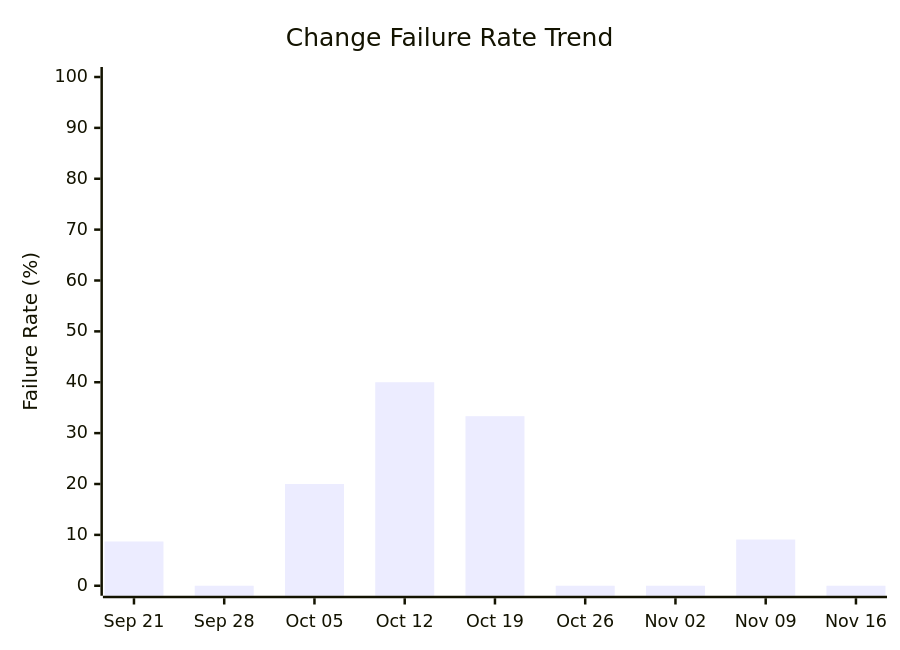
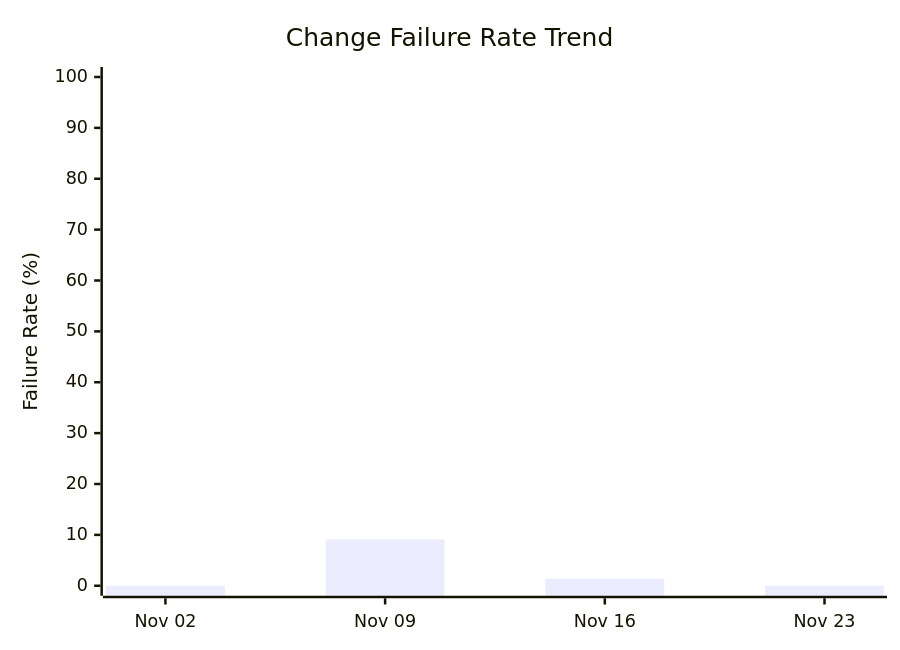
One commit to ukma-cs-ssdm-2025/rate-ukma changed the fourth of 4 diagrams in docs/ci-cd/dora-summary.md. Above: the diagram before and after it, drawn with Mermaid. The commit also changed other lines of this file, not shown here.

````diff
--- a/docs/ci-cd/dora-summary.md
+++ b/docs/ci-cd/dora-summary.md
@@ -68,7 +64,7 @@
 ```mermaid
 xychart-beta
     title "Change Failure Rate Trend"
-    x-axis ["Sep 21", "Sep 28", "Oct 05", "Oct 12", "Oct 19", "Oct 26", "Nov 02", "Nov 09", "Nov 16"]
+    x-axis ["Nov 02", "Nov 09", "Nov 16", "Nov 23"]
     y-axis "Failure Rate (%)" 0 --> 100
-    bar [8.70, 0.00, 20.00, 40.00, 33.33, 0.00, 0.00, 9.09, 0.00]
+    bar [0.00, 9.09, 1.41, 0.00]
 ```
````
